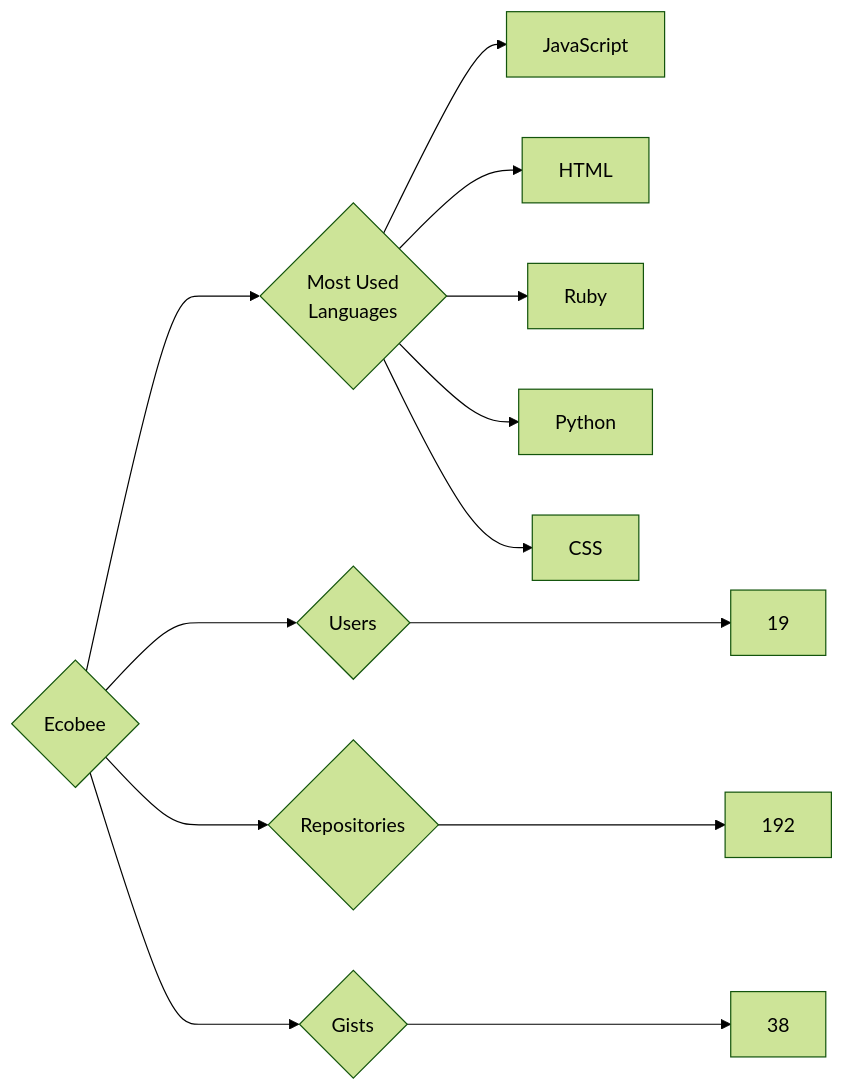
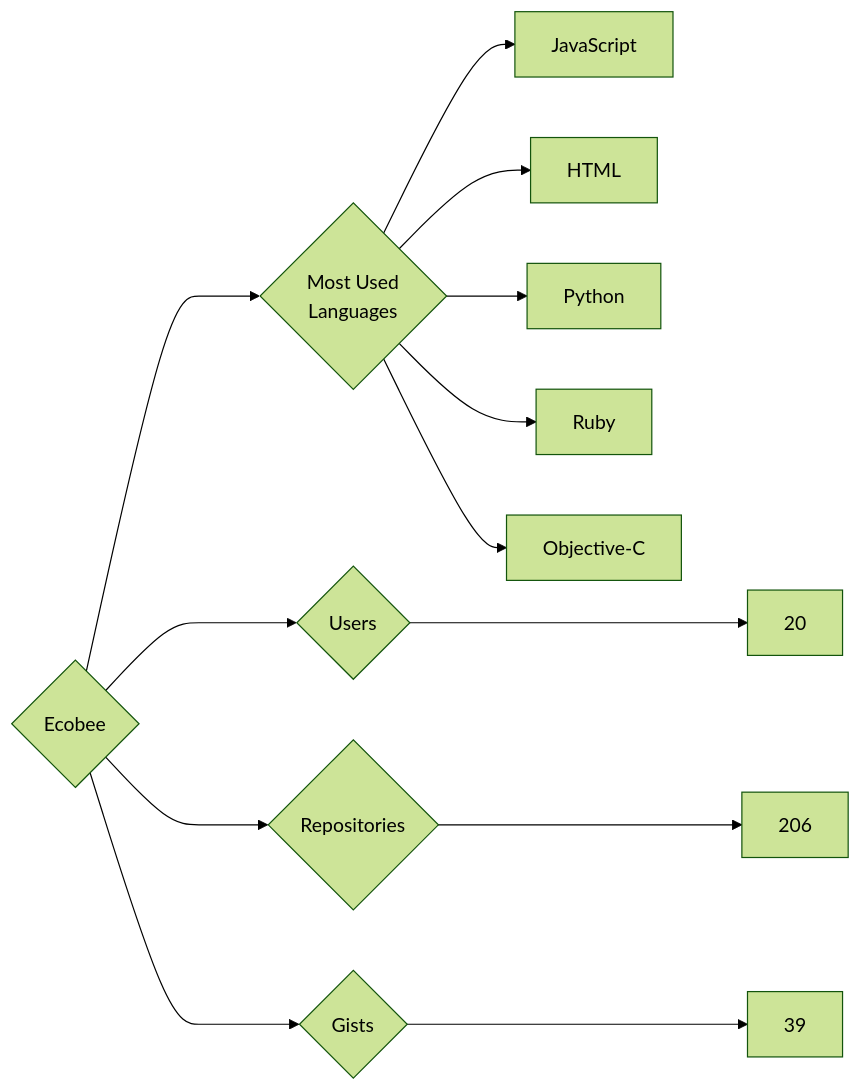
The diagram in targets/Ecobee/README.md (trickest/insiders), drawn with Mermaid (forest theme) before and after one commit. The commit also changed 888 other files, not shown here.

````diff
--- a/targets/Ecobee/README.md
+++ b/targets/Ecobee/README.md
@@ -3,13 +3,13 @@
 ```mermaid
 graph LR
 COMPANY_NAME{Ecobee}
-COMPANY_NAME ---> U{Users} ---> UN[19]
-COMPANY_NAME ---> R{Repositories} ---> RN[192]
-COMPANY_NAME ---> G{Gists} ---> GN[38]
+COMPANY_NAME ---> U{Users} ---> UN[20]
+COMPANY_NAME ---> R{Repositories} ---> RN[206]
+COMPANY_NAME ---> G{Gists} ---> GN[39]
 COMPANY_NAME ---> ML{Most Used<br>Languages}
 ML --> JavaScript[JavaScript]
 ML --> HTML[HTML]
+ML --> Python[Python]
 ML --> Ruby[Ruby]
-ML --> Python[Python]
-ML --> CSS[CSS]
+ML --> Objective-C[Objective-C]
 ```
````
